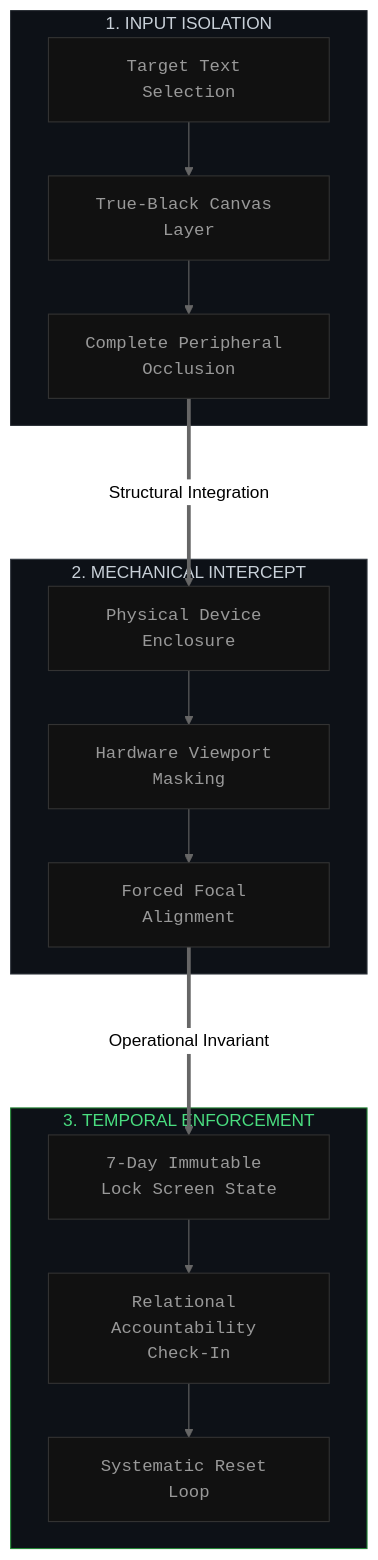
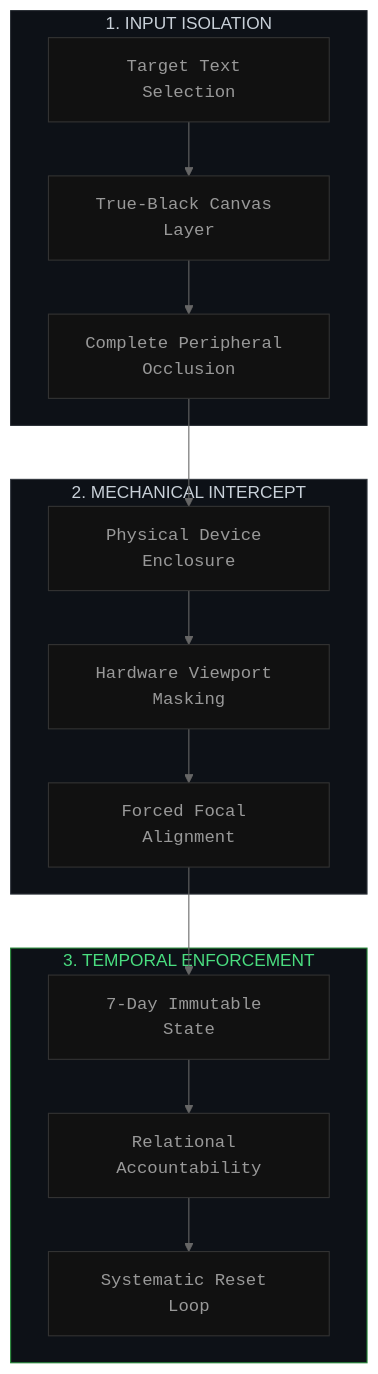
One commit to natemac709/Learning-the-Baseline changed the diagram in README.md. Above: the diagram before and after it, drawn with Mermaid (neutral theme).

Commit message:
Update README.md
redone

````diff
--- a/README.md
+++ b/README.md
@@ -56,30 +56,30 @@
 ```mermaid
 graph TD
     %% Phase 1: Input Isolation
     subgraph Phase_1 [1. INPUT ISOLATION]
         A1[Target Text Selection] --> A2[True-Black Canvas Layer]
         A2 --> A3[Complete Peripheral Occlusion]
     end
 
     %% Phase 2: Mechanical Intercept
     subgraph Phase_2 [2. MECHANICAL INTERCEPT]
         B1[Physical Device Enclosure] --> B2[Hardware Viewport Masking]
         B2 --> B3[Forced Focal Alignment]
     end
 
     %% Phase 3: Temporal Enforcement
     subgraph Phase_3 [3. TEMPORAL ENFORCEMENT]
-        C1[7-Day Immutable Lock Screen State] --> C2[Relational Accountability Check-In]
+        C1[7-Day Immutable State] --> C2[Relational Accountability]
         C2 --> C3[Systematic Reset Loop]
     end
 
-    %% System Architecture Flow
-    A3 ===>|Structural Integration| B1
-    B3 ===>|Operational Invariant| C1
+    %% Clean, Production-Safe System Flow Connections
+    A3 --> B1
+    B3 --> C1
 
     %% High-Dignity Architecture Styling
     classDef default fill:#111,stroke:#333,stroke-width:1px,color:#999,font-family:monospace;
     style Phase_1 fill:#0d1117,stroke:#21262d,stroke-width:1px,color:#c9d1d9;
     style Phase_2 fill:#0d1117,stroke:#30363d,stroke-width:1px,color:#c9d1d9;
     style Phase_3 fill:#0d1117,stroke:#238636,stroke-width:1px,color:#4ade80;
 ```
````
